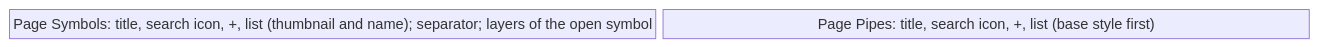
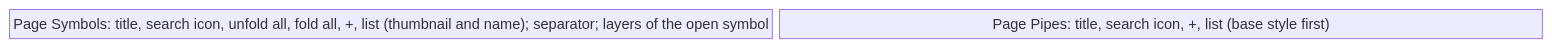
The fourth of 5 diagrams in symbols/01-libraries-and-symbols.md (AlexandreGallais/synoptic-studio-spec), drawn with Mermaid before and after one commit. The commit also changed other lines of this file and 2 other files, not shown here.

Commit message:
docs(symbols): add fold all to the symbols tree and list the test screens by row
- screens/symbols.md: SY-02.15, unfold all and fold all on the title "Symbols"
- symbols/01-libraries-and-symbols.md: the same buttons in the left-hand panel
- design-system/04-figma-file.md: the test section in rows, one drawing-mode screen per tool, with their ids

````diff
--- a/symbols/01-libraries-and-symbols.md
+++ b/symbols/01-libraries-and-symbols.md
@@ -98,6 +98,6 @@
 ```mermaid
 block-beta
     columns 2
-    sym["Page Symbols: title, search icon, +, list (thumbnail and name); separator; layers of the open symbol"]
+    sym["Page Symbols: title, search icon, unfold all, fold all, +, list (thumbnail and name); separator; layers of the open symbol"]
     pip["Page Pipes: title, search icon, +, list (base style first)"]
 ```
````
